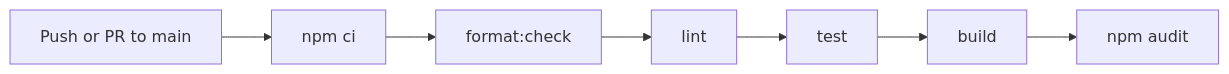
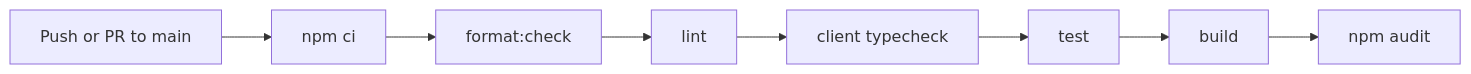
One commit to WasteOfADrumBum/TaskForge changed the fifth of 5 diagrams in docs/architecture.md. Above: the diagram before and after it, drawn with Mermaid. The commit also changed other lines of this file and 9 other files, not shown here.

````diff
--- a/docs/architecture.md
+++ b/docs/architecture.md
@@ -156,4 +156,4 @@
 ```mermaid
 flowchart LR
-    Event["Push or PR to main"] --> Install[npm ci] --> Format[format:check] --> Lint[lint] --> Test[test] --> Build[build] --> Audit[npm audit]
+    Event["Push or PR to main"] --> Install[npm ci] --> Format[format:check] --> Lint[lint] --> Types[client typecheck] --> Test[test] --> Build[build] --> Audit[npm audit]
 ```
````
